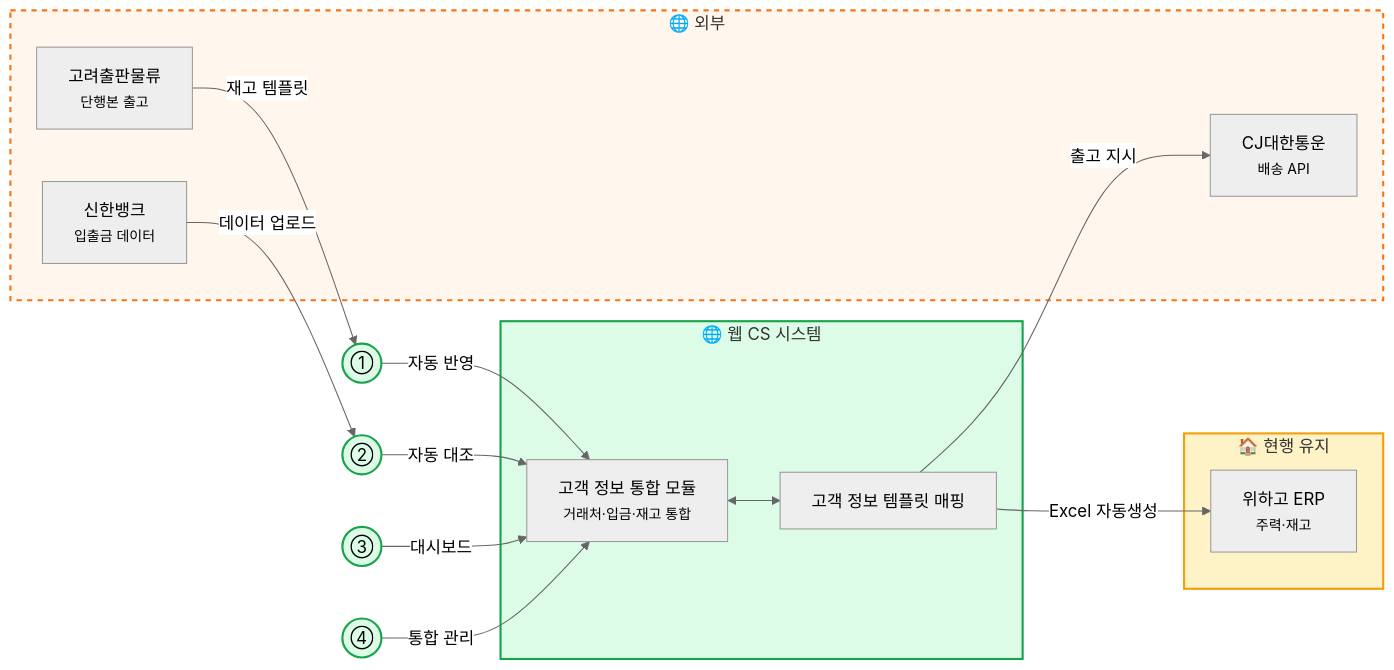
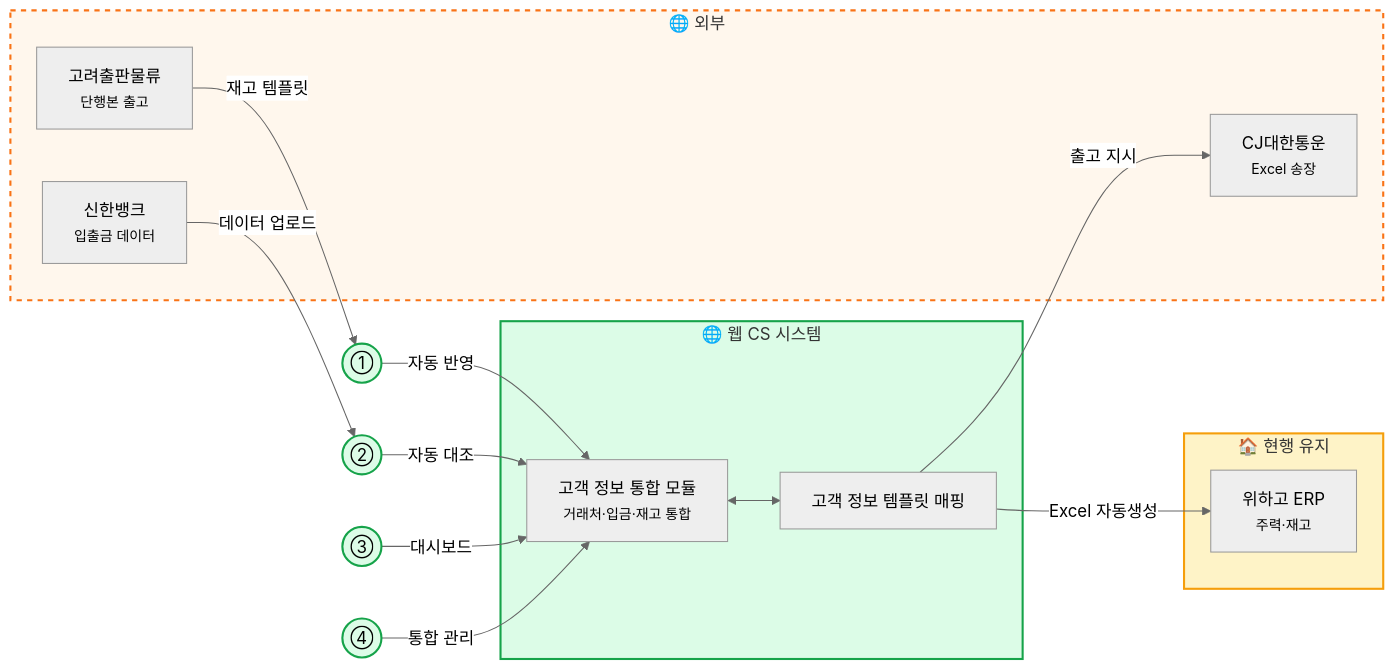
Before and after one commit to sknkwoxs/manual-book: the third of 7 diagrams in src/content/docs/goodthinking-isp/04-design/entity-map-tobe.md, drawn with Mermaid (neutral theme). The commit also changed other lines of this file and 17 other files, not shown here.

First line of the commit message:
docs(goodthinking-isp): Phase 3.5-5 — Mermaid 수정, 외부 API→Excel 템플릿 전환, 개인정보 보호 모듈 강화

````diff
--- a/src/content/docs/goodthinking-isp/04-design/entity-map-tobe.md
+++ b/src/content/docs/goodthinking-isp/04-design/entity-map-tobe.md
@@ -197,39 +197,39 @@
 ```mermaid
 flowchart LR
     subgraph SYS_CORE["🌐 웹 CS 시스템"]
         WEB["고객 정보 통합 모듈<br/><small>거래처·입금·재고 통합</small>"]
         API["고객 정보 템플릿 매핑"]
         WEB <--> API
     end
     subgraph SYS_LEGACY["🏠 현행 유지"]
         ERP["위하고 ERP<br/><small>주력·재고</small>"]
     end
     subgraph SYS_EXT["🌐 외부"]
         KORYO["고려출판물류<br/><small>단행본 출고</small>"]
-        CJ["CJ대한통운<br/><small>배송 API</small>"]
+        CJ["CJ대한통운<br/><small>Excel 송장</small>"]
         BANK["신한뱅크<br/><small>입출금 데이터</small>"]
     end
 
     P1(("①"))
     P2(("②"))
     P3(("③"))
     P4(("④"))
 
     %% 업무 흐름
     KORYO -->|"재고 템플릿"| P1
     P1 -->|"자동 반영"| WEB
     API -->|"Excel 자동생성"| ERP
     BANK -->|"데이터 업로드"| P2
     P2 -->|"자동 대조"| WEB
     P3 -->|"대시보드"| WEB
     P4 -->|"통합 관리"| WEB
     API -->|"출고 지시"| CJ
 
     style SYS_CORE fill:#dcfce7,stroke:#16a34a,stroke-width:2px
     style SYS_LEGACY fill:#fef3c7,stroke:#f59e0b,stroke-width:2px
     style SYS_EXT fill:#fff7ed,stroke:#f97316,stroke-width:2px,stroke-dasharray: 5 5
     style P1 fill:#dcfce7,stroke:#16a34a,stroke-width:2px
     style P2 fill:#dcfce7,stroke:#16a34a,stroke-width:2px
     style P3 fill:#dcfce7,stroke:#16a34a,stroke-width:2px
     style P4 fill:#dcfce7,stroke:#16a34a,stroke-width:2px
 ```
````
